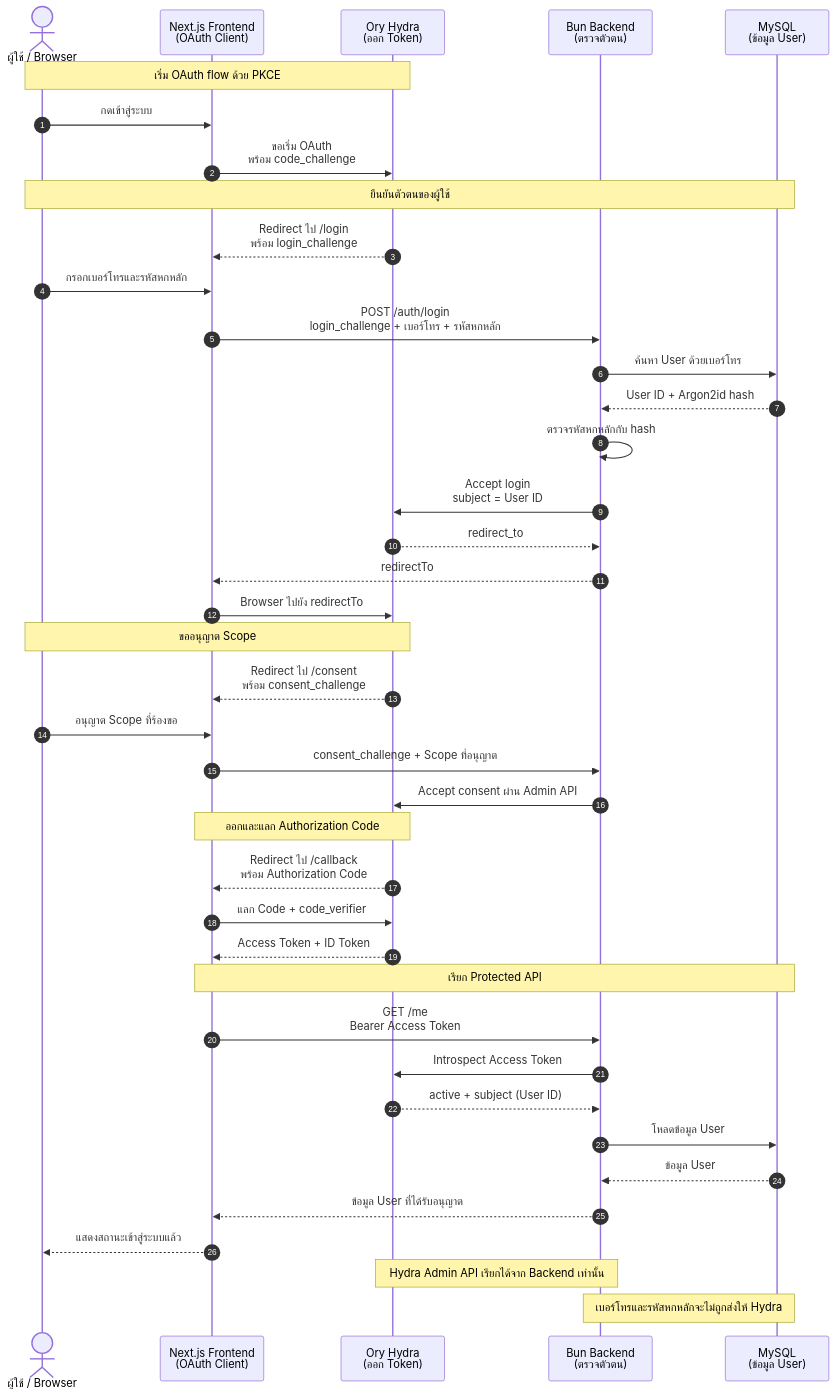
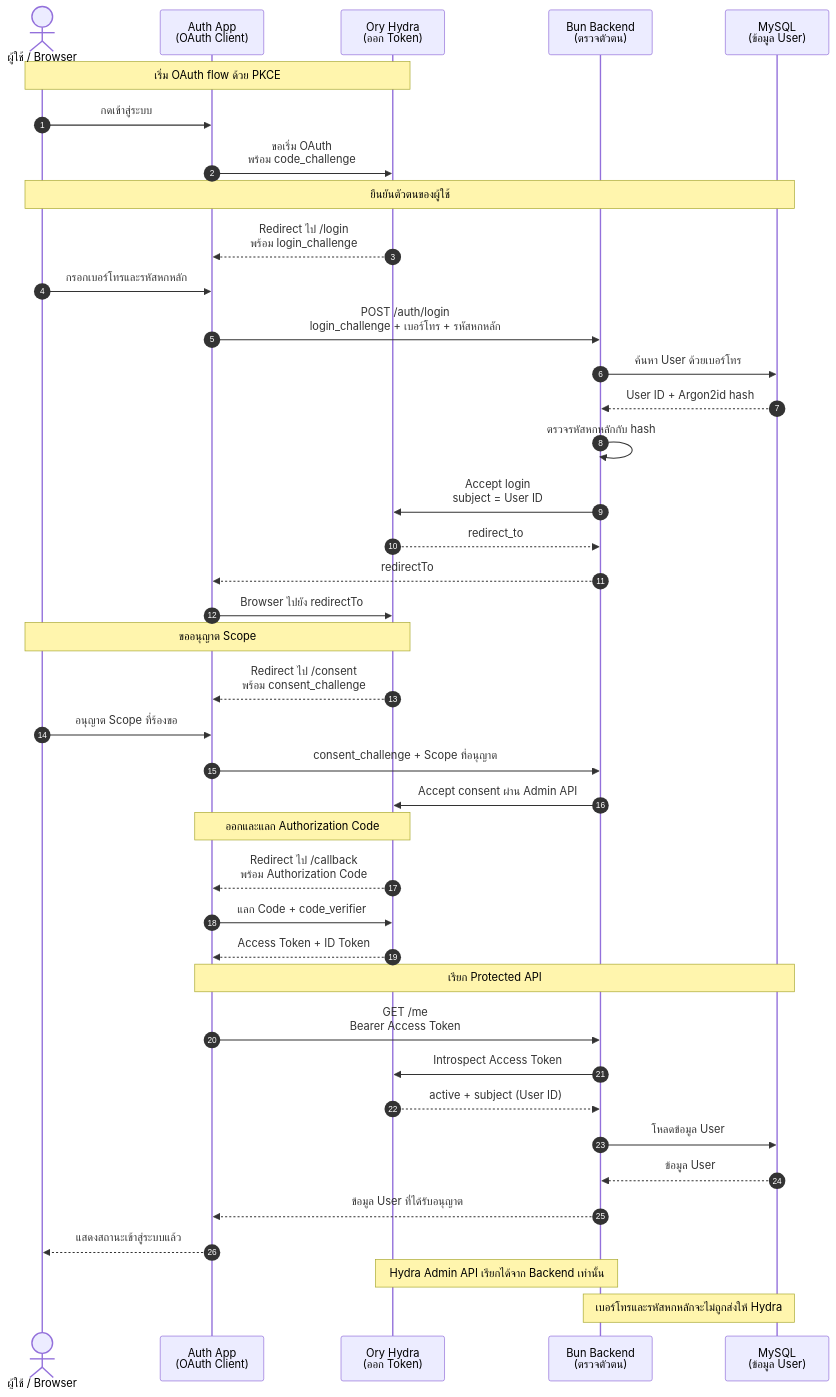
Before and after one commit to bankkasem/poc-ory-hydra: the diagram in docs/diagrams/auth-flow.mmd, drawn with Mermaid. The commit also changed 19 other files, not shown here.

Commit message:
refactor(auth): rename frontend to auth app

```diff
--- a/docs/diagrams/auth-flow.mmd
+++ b/docs/diagrams/auth-flow.mmd
@@ -1,46 +1,46 @@
 sequenceDiagram
     autonumber
     actor User as ผู้ใช้ / Browser
-    participant Frontend as Next.js Frontend<br/>(OAuth Client)
+    participant AuthApp as Auth App<br/>(OAuth Client)
     participant Hydra as Ory Hydra<br/>(ออก Token)
     participant Backend as Bun Backend<br/>(ตรวจตัวตน)
     participant MySQL as MySQL<br/>(ข้อมูล User)
 
     Note over User,Hydra: เริ่ม OAuth flow ด้วย PKCE
-    User->>Frontend: กดเข้าสู่ระบบ
-    Frontend->>Hydra: ขอเริ่ม OAuth<br/>พร้อม code_challenge
+    User->>AuthApp: กดเข้าสู่ระบบ
+    AuthApp->>Hydra: ขอเริ่ม OAuth<br/>พร้อม code_challenge
 
     Note over User,MySQL: ยืนยันตัวตนของผู้ใช้
-    Hydra-->>Frontend: Redirect ไป /login<br/>พร้อม login_challenge
-    User->>Frontend: กรอกเบอร์โทรและรหัสหกหลัก
-    Frontend->>Backend: POST /auth/login<br/>login_challenge + เบอร์โทร + รหัสหกหลัก
+    Hydra-->>AuthApp: Redirect ไป /login<br/>พร้อม login_challenge
+    User->>AuthApp: กรอกเบอร์โทรและรหัสหกหลัก
+    AuthApp->>Backend: POST /auth/login<br/>login_challenge + เบอร์โทร + รหัสหกหลัก
     Backend->>MySQL: ค้นหา User ด้วยเบอร์โทร
     MySQL-->>Backend: User ID + Argon2id hash
     Backend->>Backend: ตรวจรหัสหกหลักกับ hash
     Backend->>Hydra: Accept login<br/>subject = User ID
     Hydra-->>Backend: redirect_to
-    Backend-->>Frontend: redirectTo
-    Frontend->>Hydra: Browser ไปยัง redirectTo
+    Backend-->>AuthApp: redirectTo
+    AuthApp->>Hydra: Browser ไปยัง redirectTo
 
     Note over User,Hydra: ขออนุญาต Scope
-    Hydra-->>Frontend: Redirect ไป /consent<br/>พร้อม consent_challenge
-    User->>Frontend: อนุญาต Scope ที่ร้องขอ
-    Frontend->>Backend: consent_challenge + Scope ที่อนุญาต
+    Hydra-->>AuthApp: Redirect ไป /consent<br/>พร้อม consent_challenge
+    User->>AuthApp: อนุญาต Scope ที่ร้องขอ
+    AuthApp->>Backend: consent_challenge + Scope ที่อนุญาต
     Backend->>Hydra: Accept consent ผ่าน Admin API
 
-    Note over Frontend,Hydra: ออกและแลก Authorization Code
-    Hydra-->>Frontend: Redirect ไป /callback<br/>พร้อม Authorization Code
-    Frontend->>Hydra: แลก Code + code_verifier
-    Hydra-->>Frontend: Access Token + ID Token
+    Note over AuthApp,Hydra: ออกและแลก Authorization Code
+    Hydra-->>AuthApp: Redirect ไป /callback<br/>พร้อม Authorization Code
+    AuthApp->>Hydra: แลก Code + code_verifier
+    Hydra-->>AuthApp: Access Token + ID Token
 
-    Note over Frontend,MySQL: เรียก Protected API
-    Frontend->>Backend: GET /me<br/>Bearer Access Token
+    Note over AuthApp,MySQL: เรียก Protected API
+    AuthApp->>Backend: GET /me<br/>Bearer Access Token
     Backend->>Hydra: Introspect Access Token
     Hydra-->>Backend: active + subject (User ID)
     Backend->>MySQL: โหลดข้อมูล User
     MySQL-->>Backend: ข้อมูล User
-    Backend-->>Frontend: ข้อมูล User ที่ได้รับอนุญาต
-    Frontend-->>User: แสดงสถานะเข้าสู่ระบบแล้ว
+    Backend-->>AuthApp: ข้อมูล User ที่ได้รับอนุญาต
+    AuthApp-->>User: แสดงสถานะเข้าสู่ระบบแล้ว
 
     Note over Backend,Hydra: Hydra Admin API เรียกได้จาก Backend เท่านั้น
     Note over Backend,MySQL: เบอร์โทรและรหัสหกหลักจะไม่ถูกส่งให้ Hydra
```
